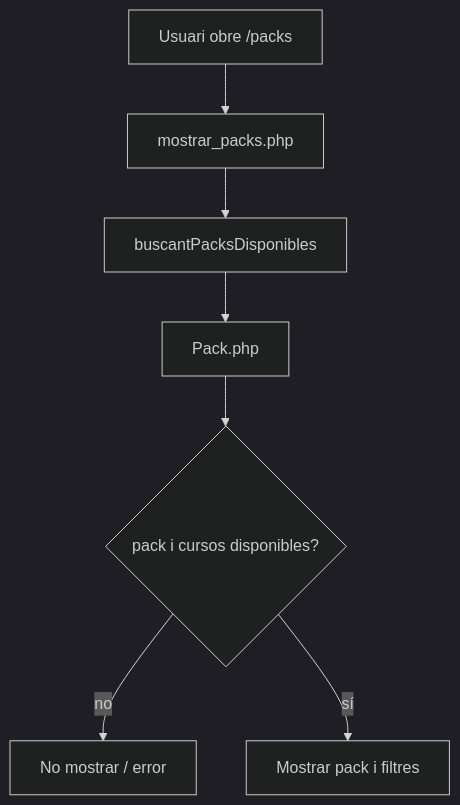
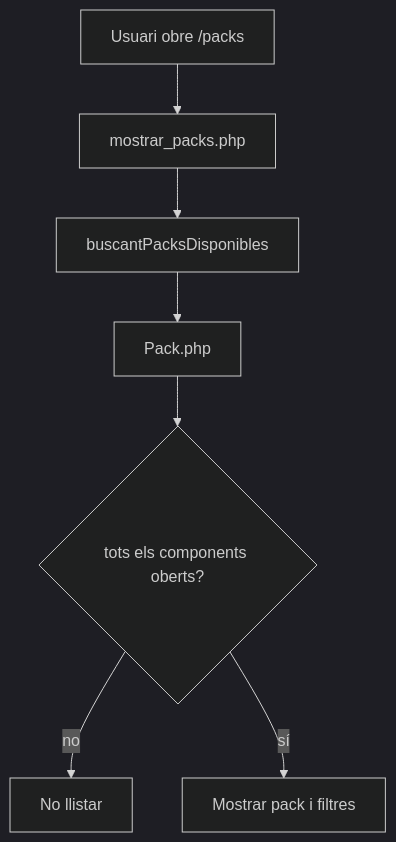
The first of 20 diagrams in documentacio/07-uml-integrat/uc-015-activitats-pagines-pack-actual-final.md (orgmeriemprismacat-del/verifactu), drawn with Mermaid (dark theme) before and after one commit. The commit also changed other lines of this file, not shown here.

````diff
--- a/documentacio/07-uml-integrat/uc-015-activitats-pagines-pack-actual-final.md
+++ b/documentacio/07-uml-integrat/uc-015-activitats-pagines-pack-actual-final.md
@@ -24,9 +24,9 @@
 ```mermaid
 flowchart TD
 A[Usuari obre /packs] --> B[mostrar_packs.php]
 B --> C[buscantPacksDisponibles]
 C --> D[Pack.php]
-D --> E{pack i cursos disponibles?}
-E -- no --> F[No mostrar / error]
+D --> E{tots els components oberts?}
+E -- no --> F[No llistar]
 E -- sí --> G[Mostrar pack i filtres]
 ```
````
